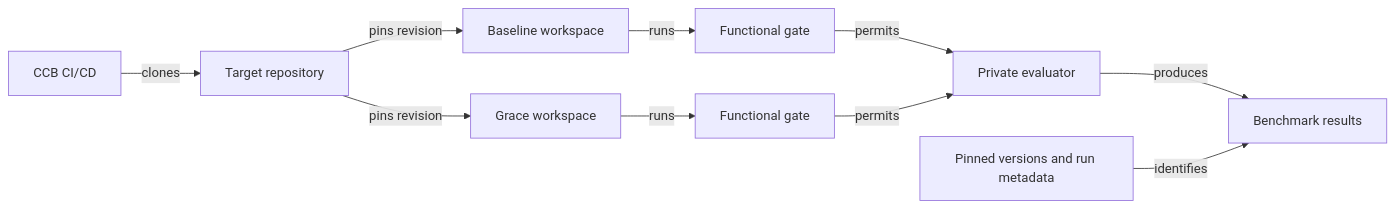
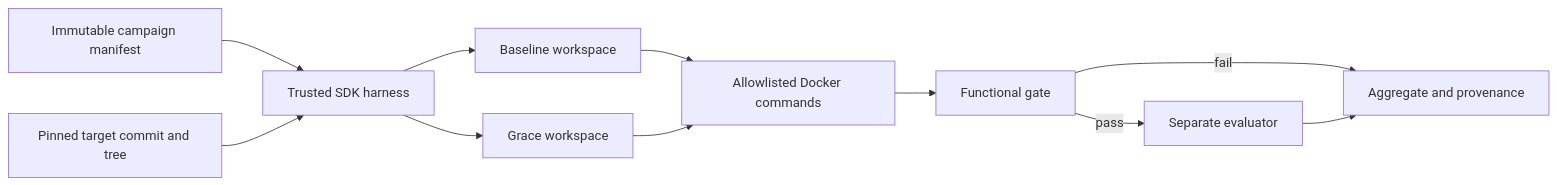
Before and after one commit to HoppR-tech/codeconform-bench: the second of 4 diagrams in README.md, drawn with Mermaid. The commit also changed other lines of this file and 30 other files, not shown here.

Commit message:
feat: add reproducible OhMyForm benchmark [run benchmark]

````diff
--- a/README.md
+++ b/README.md
@@ -61,17 +61,18 @@
 ```mermaid
 flowchart LR
-    accTitle: Proposed CCB benchmark architecture
+    accTitle: Implemented CCB benchmark architecture
     accDescr {
-      CI/CD clones a target repository at a pinned revision and creates identical baseline and Grace workspaces.
-      Both workspaces pass through a functional gate. Passing runs are evaluated privately and combined with run metadata into benchmark results.
+      The trusted harness creates paired candidate workspaces and calls the same model with and without Grace.
+      Candidate commands run in a no-network container. Passing candidates are scored by a separate evaluator after the agent finishes.
     }
-    CI[CCB CI/CD] -->|clones| T[Target repository]
-    T -->|pins revision| B[Baseline workspace]
-    T -->|pins revision| G[Grace workspace]
-    B -->|runs| FB[Functional gate]
-    G -->|runs| FG[Functional gate]
-    FB -->|permits| E[Private evaluator]
-    FG -->|permits| E
-    E -->|produces| R[Benchmark results]
-    M[Pinned versions and run metadata] -->|identifies| R
+    M[Immutable campaign manifest] --> H[Trusted SDK harness]
+    T[Pinned target commit and tree] --> H
+    H --> B[Baseline workspace]
+    H --> G[Grace workspace]
+    B --> X[Allowlisted Docker commands]
+    G --> X
+    X --> F[Functional gate]
+    F -->|pass| E[Separate evaluator]
+    F -->|fail| R[Run record without architecture score]
+    E --> R[Aggregate and provenance]
 ```
````
